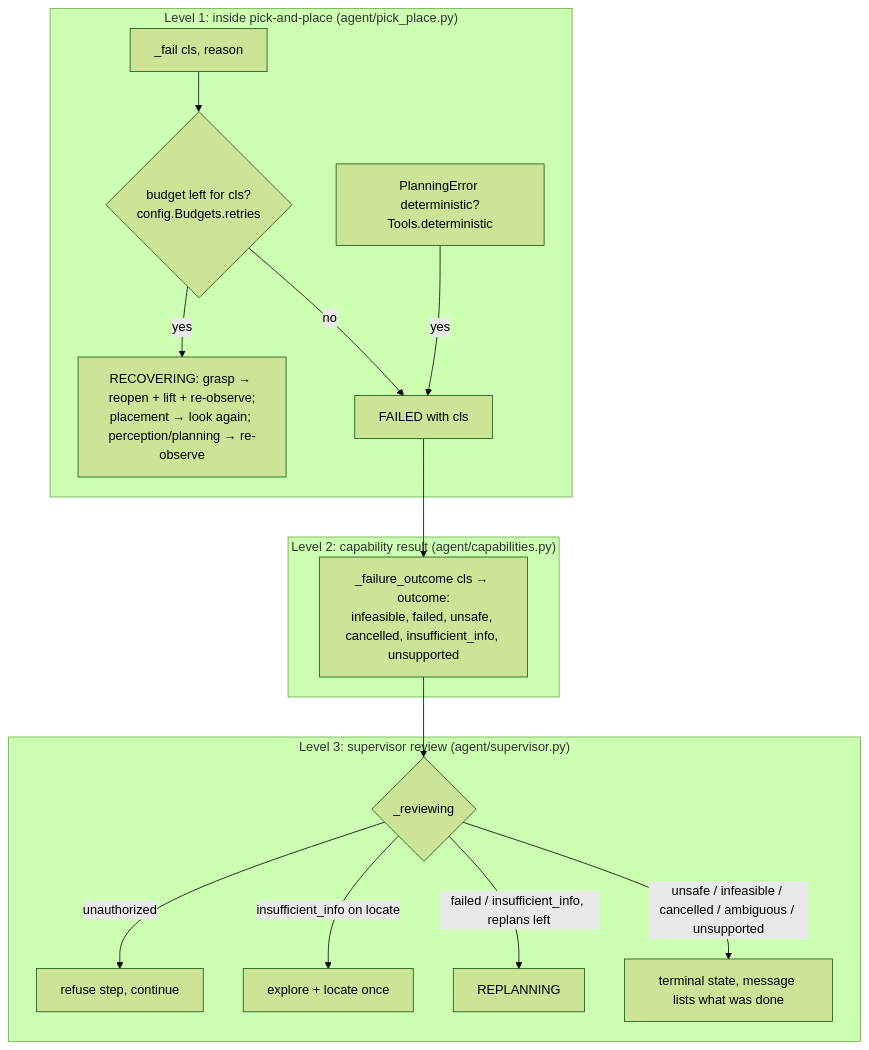
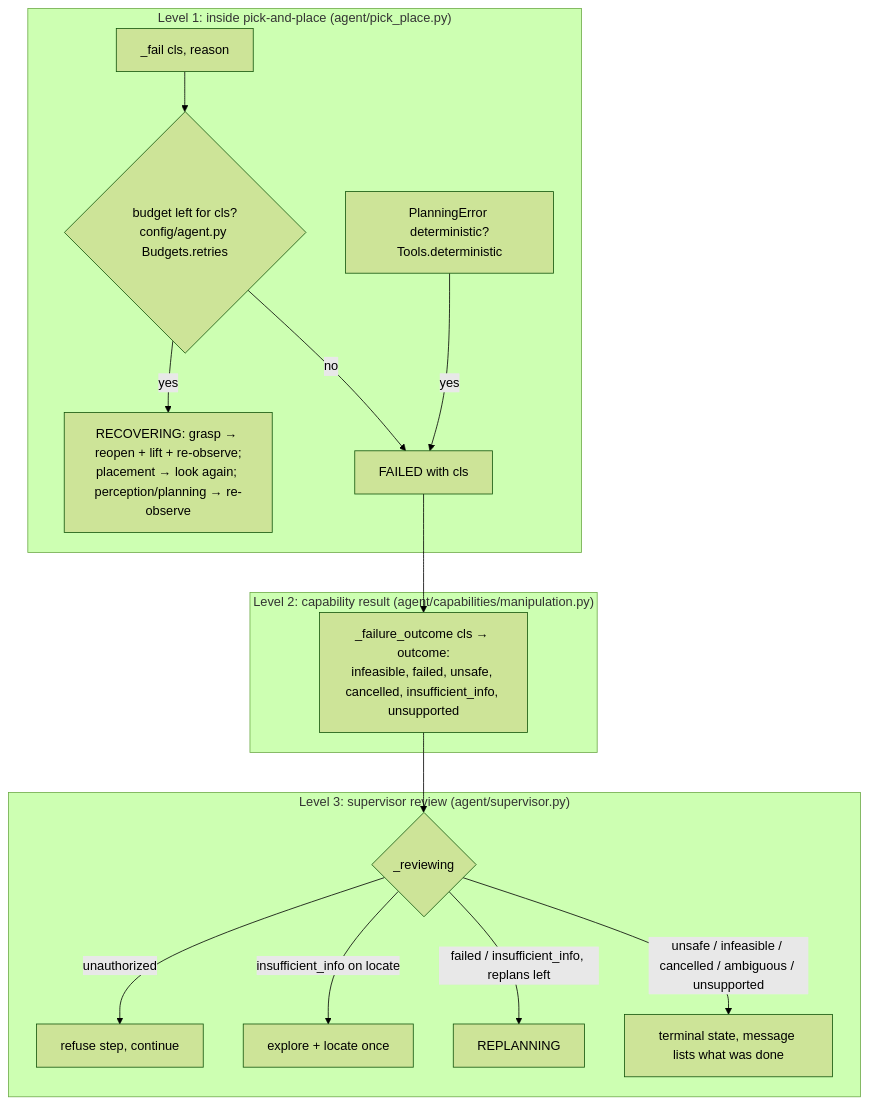
Before and after one commit to mahnoorkhalid369/MAVLA-RTM: the fifth of 5 diagrams in docs/architecture/EXECUTION_FLOW.md, drawn with Mermaid (forest theme). The commit also changed other lines of this file and 6 other files, not shown here.

````diff
--- a/docs/architecture/EXECUTION_FLOW.md
+++ b/docs/architecture/EXECUTION_FLOW.md
@@ -182,19 +209,19 @@
 ```mermaid
 flowchart TD
   subgraph L1["Level 1: inside pick-and-place (agent/pick_place.py)"]
-    F1[_fail cls, reason] --> B1{budget left for cls?\nconfig.Budgets.retries}
+    F1[_fail cls, reason] --> B1{budget left for cls?\nconfig/agent.py Budgets.retries}
     B1 -->|yes| RC[RECOVERING: grasp → reopen + lift + re-observe;\nplacement → look again; perception/planning → re-observe]
     B1 -->|no| FF[FAILED with cls]
     PE[PlanningError deterministic?\nTools.deterministic] -->|yes| FF
   end
-  subgraph L2["Level 2: capability result (agent/capabilities.py)"]
+  subgraph L2["Level 2: capability result (agent/capabilities/manipulation.py)"]
     FF --> MAP[_failure_outcome cls → outcome:\ninfeasible, failed, unsafe, cancelled, insufficient_info, unsupported]
   end
   subgraph L3["Level 3: supervisor review (agent/supervisor.py)"]
     MAP --> RV{_reviewing}
     RV -->|unauthorized| REF[refuse step, continue]
     RV -->|insufficient_info on locate| EXP[explore + locate once]
     RV -->|failed / insufficient_info, replans left| RP[REPLANNING]
     RV -->|unsafe / infeasible / cancelled / ambiguous / unsupported| STOP[terminal state, message lists what was done]
   end
 ```
````
